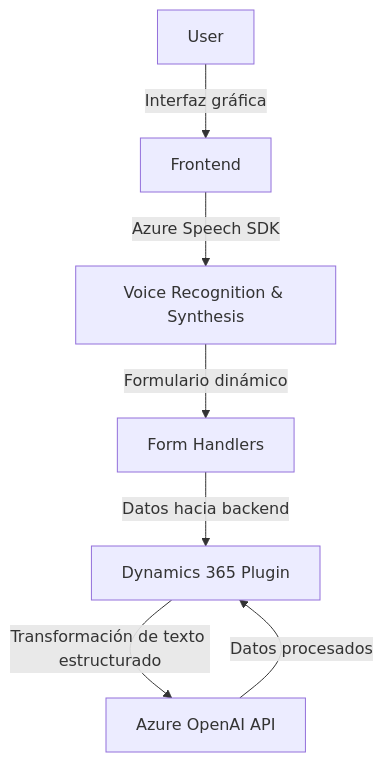
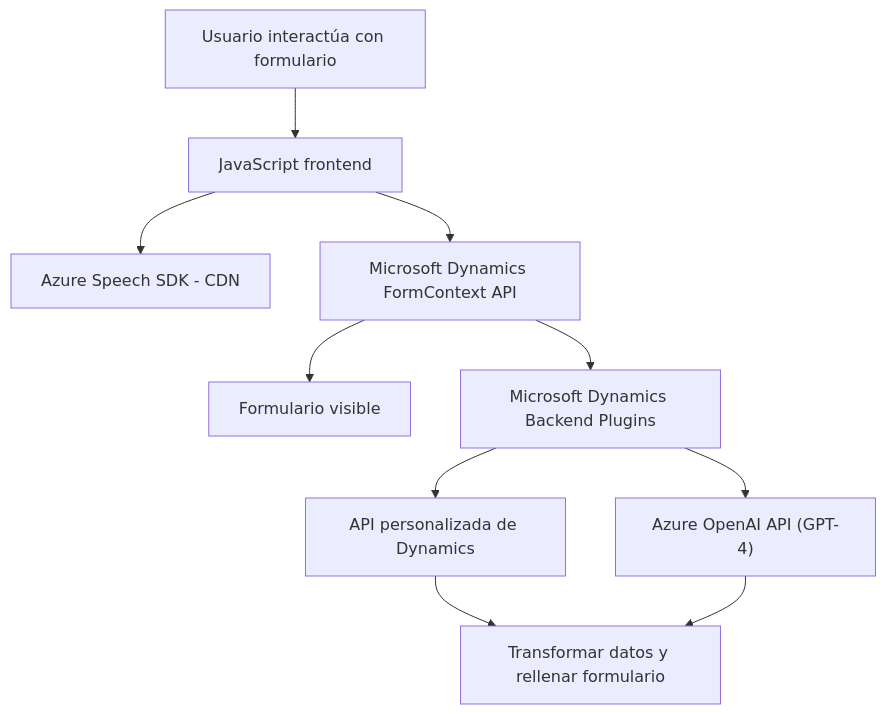
The diagram in README.md (blopezdm/NETCORE_BILBAO2025), drawn with Mermaid before and after one commit. The commit also changed other lines of this file, not shown here.

Commit message:
Actualizar análisis global de la solución con IA

````diff
--- a/README.md
+++ b/README.md
@@ -36,9 +45,12 @@
 ```mermaid
 graph TD
-    A["User"] -->|Interfaz gráfica| B["Frontend"]
-    B -->|Azure Speech SDK| C["Voice Recognition & Synthesis"]
-    C -->|Formulario dinámico| D["Form Handlers"]
-    D -->|Datos hacia backend| E["Dynamics 365 Plugin"]
-    E -->|Transformación de texto estructurado| F["Azure OpenAI API"]
-    F -->|Datos procesados| E
+A["Usuario interactúa con formulario"] --> B["JavaScript frontend"]
+B --> C["Azure Speech SDK - CDN"]
+B --> D["Microsoft Dynamics FormContext API"]
+D --> E["Formulario visible"]
+D --> F["Microsoft Dynamics Backend Plugins"]
+F --> G["API personalizada de Dynamics"]
+F --> H["Azure OpenAI API (GPT-4)"]
+G --> I["Actualizar datos del formulario"]
+H --> I["Transformar datos y rellenar formulario"]
 ```
````
